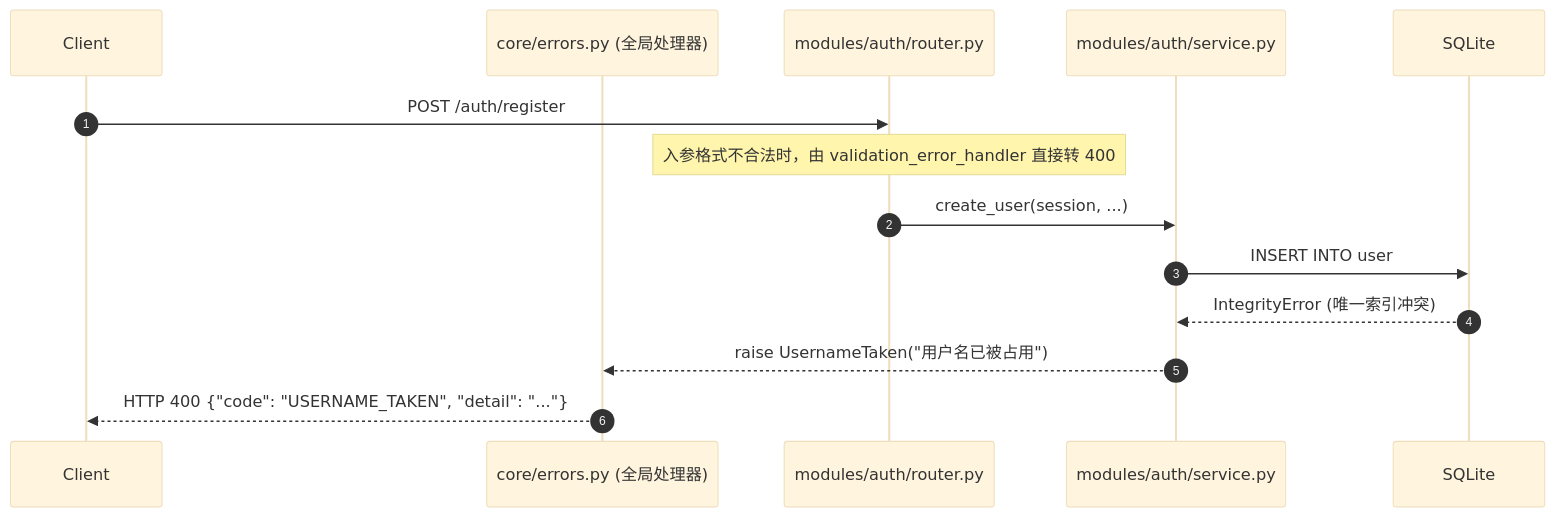
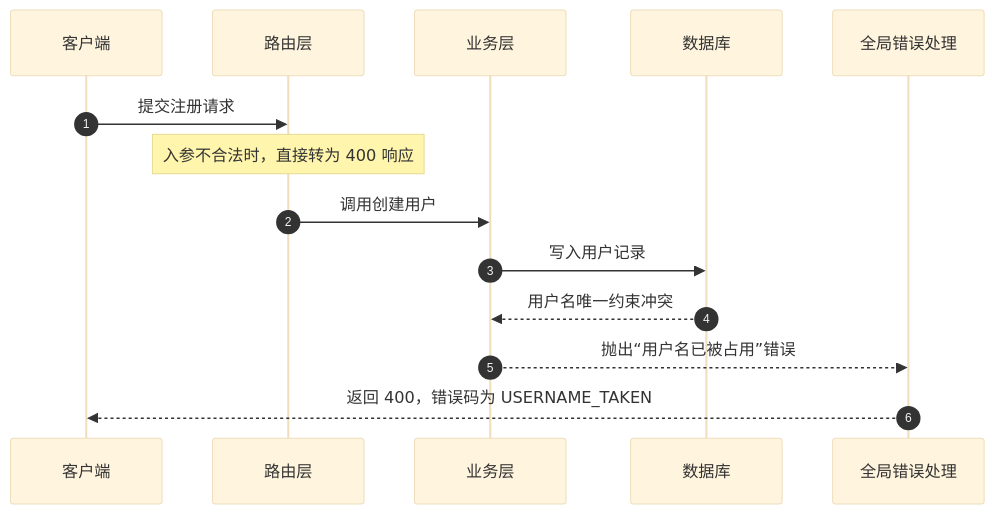
One commit to rereareal/ta-new changed the first of 2 diagrams in PPT-Helper/decks/intro.md. Above: the diagram before and after it, drawn with Mermaid (base theme). The commit also changed other lines of this file and 4 other files, not shown here.

````diff
--- a/PPT-Helper/decks/intro.md
+++ b/PPT-Helper/decks/intro.md
@@ -178,17 +175,17 @@
 ```mermaid
 sequenceDiagram
   autonumber
-  participant C as Client
-  participant H as core/errors.py (全局处理器)
-  participant R as modules/auth/router.py
-  participant S as modules/auth/service.py
-  participant D as SQLite
+  participant C as 客户端
+  participant R as 路由层
+  participant S as 业务层
+  participant D as 数据库
+  participant H as 全局错误处理
 
-  C->>R: POST /auth/register
-  Note over R: 入参格式不合法时，由 validation_error_handler 直接转 400
-  R->>S: create_user(session, ...)
-  S->>D: INSERT INTO user
-  D-->>S: IntegrityError (唯一索引冲突)
-  S-->>H: raise UsernameTaken("用户名已被占用")
-  H-->>C: HTTP 400 {"code": "USERNAME_TAKEN", "detail": "..."}
+  C->>R: 提交注册请求
+  Note over R: 入参不合法时，直接转为 400 响应
+  R->>S: 调用创建用户
+  S->>D: 写入用户记录
+  D-->>S: 用户名唯一约束冲突
+  S-->>H: 抛出“用户名已被占用”错误
+  H-->>C: 返回 400，错误码为 USERNAME_TAKEN
 ```
````
